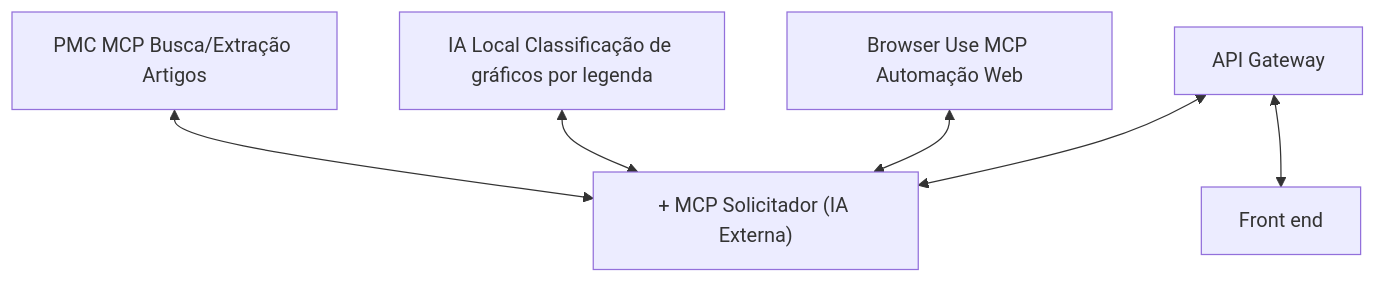
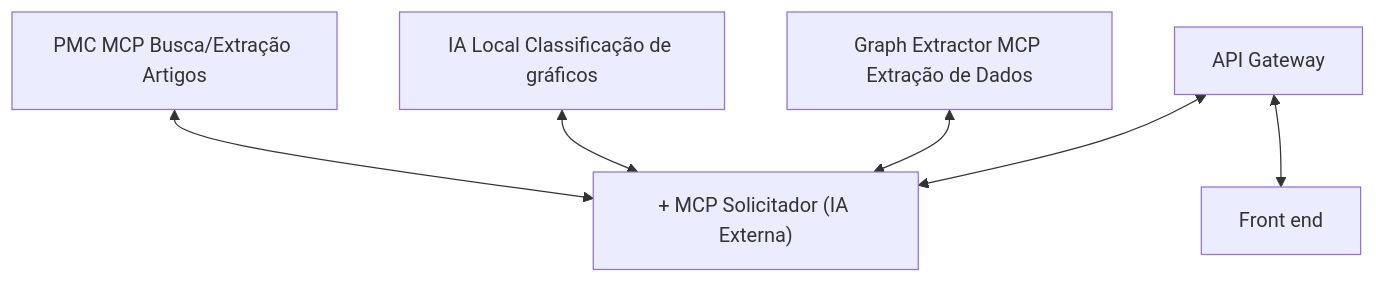
Before and after one commit to davipedro/nefarm-ai: the diagram in docs/modelagem-ameaca/arquitetura-pos-mitigacao.mmd, drawn with Mermaid. The commit also changed 11 other files, not shown here.

```diff
--- a/docs/modelagem-ameaca/arquitetura-pos-mitigacao.mmd
+++ b/docs/modelagem-ameaca/arquitetura-pos-mitigacao.mmd
@@ -1,15 +1,15 @@
 ---
 config:
   theme: mc
   layout: dagre
 ---
 flowchart TD
     n1@{ label: "<span style=\"color:\" data-darkreader-inline-color=\"\">PMC MCP Busca/Extração Artigos</span>" } <--> B@{ label: "<span style=\"color:\">+ MCP Solicitador (IA Externa)</span>" }
-    n2@{ label: "<span style=\"color:\" data-darkreader-inline-color=\"\">IA Local Classificação de gráficos por legenda</span>" } <--> B
-    n3@{ label: "<span style=\"color:\" data-darkreader-inline-color=\"\">Browser Use MCP Automação Web</span>" } <--> B
+    n2@{ label: "<span style=\"color:\" data-darkreader-inline-color=\"\">IA Local Classificação de gráficos</span>" } <--> B
+    n3@{ label: "<span style=\"color:\" data-darkreader-inline-color=\"\">Graph Extractor MCP Extração de Dados</span>" } <--> B
     n4@{ label: "<span style=\"color:\" data-darkreader-inline-color=\"\">API Gateway</span>" } <--> B & A["Front end"]
     n1@{ shape: rect}
     B@{ shape: rect}
     n2@{ shape: rect}
     n3@{ shape: rect}
     n4@{ shape: rect}
```
